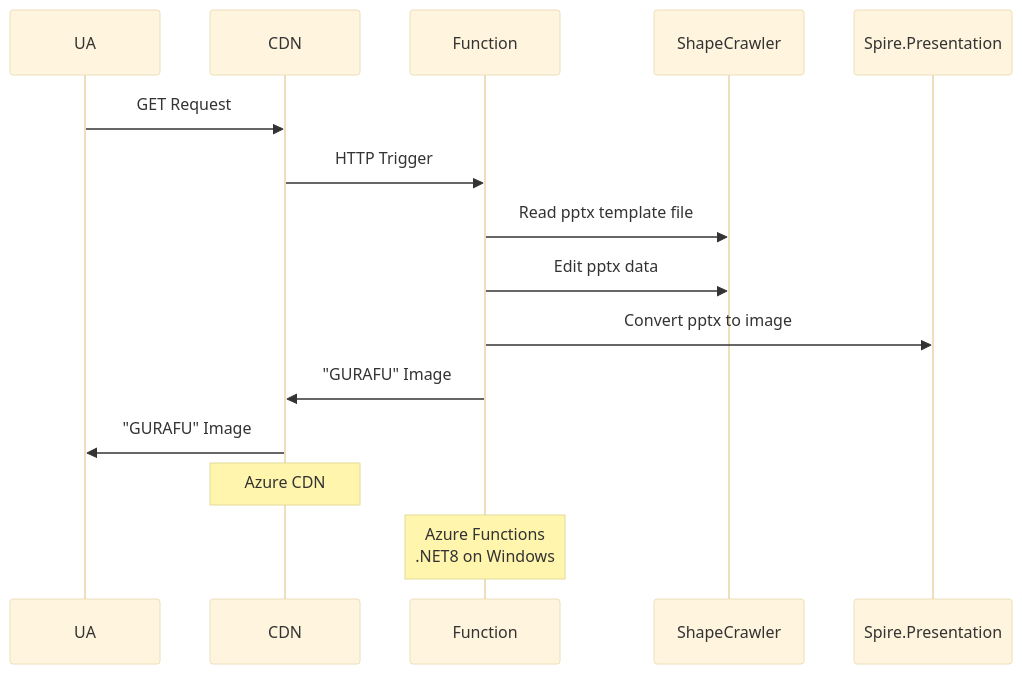
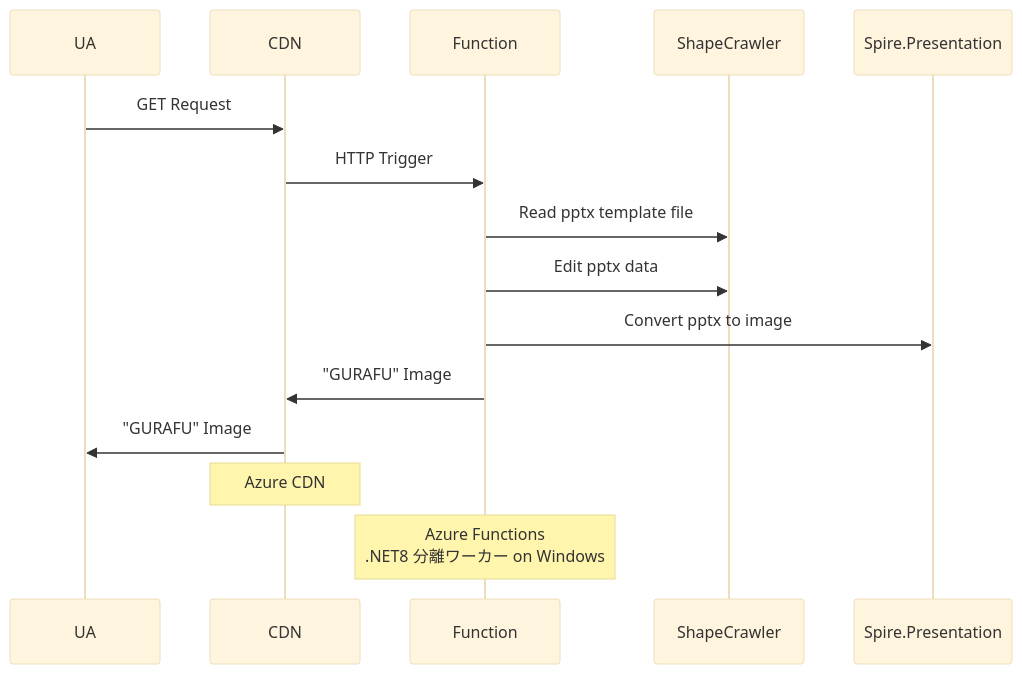
The diagram in README.md (7474/NantoNBai), drawn with Mermaid (base theme) before and after one commit. The commit also changed other lines of this file and 1 other file, not shown here.

````diff
--- a/README.md
+++ b/README.md
@@ -39,12 +39,12 @@
 ```mermaid
 sequenceDiagram
     UA->>CDN: GET Request
     CDN->>Function: HTTP Trigger
     Function->>ShapeCrawler: Read pptx template file
     Function->>ShapeCrawler: Edit pptx data
     Function->>Spire.Presentation: Convert pptx to image
     Function->>CDN: "GURAFU" Image
     CDN->>UA: "GURAFU" Image
     Note over CDN: Azure CDN
-    Note over Function: Azure Functions<br/>.NET8 on Windows
+    Note over Function: Azure Functions<br/>.NET8 分離ワーカー on Windows
 ```
````
